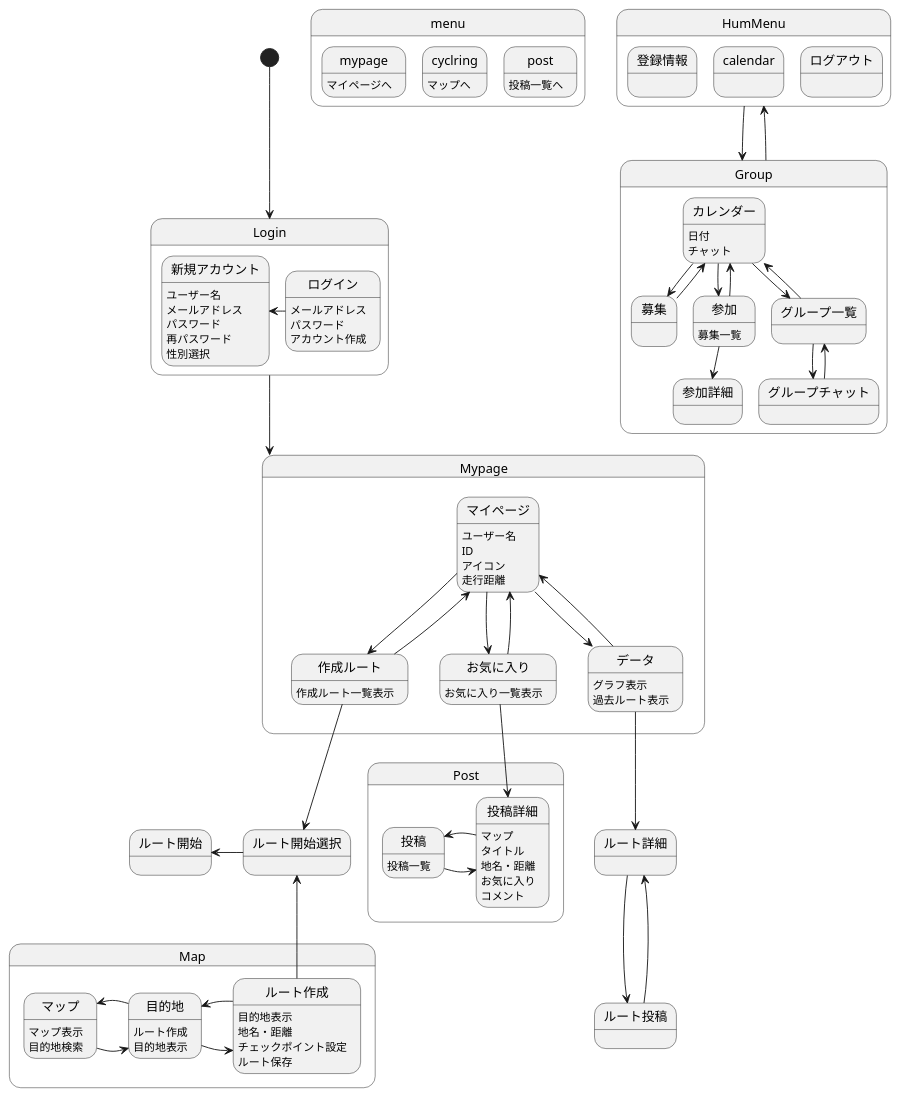
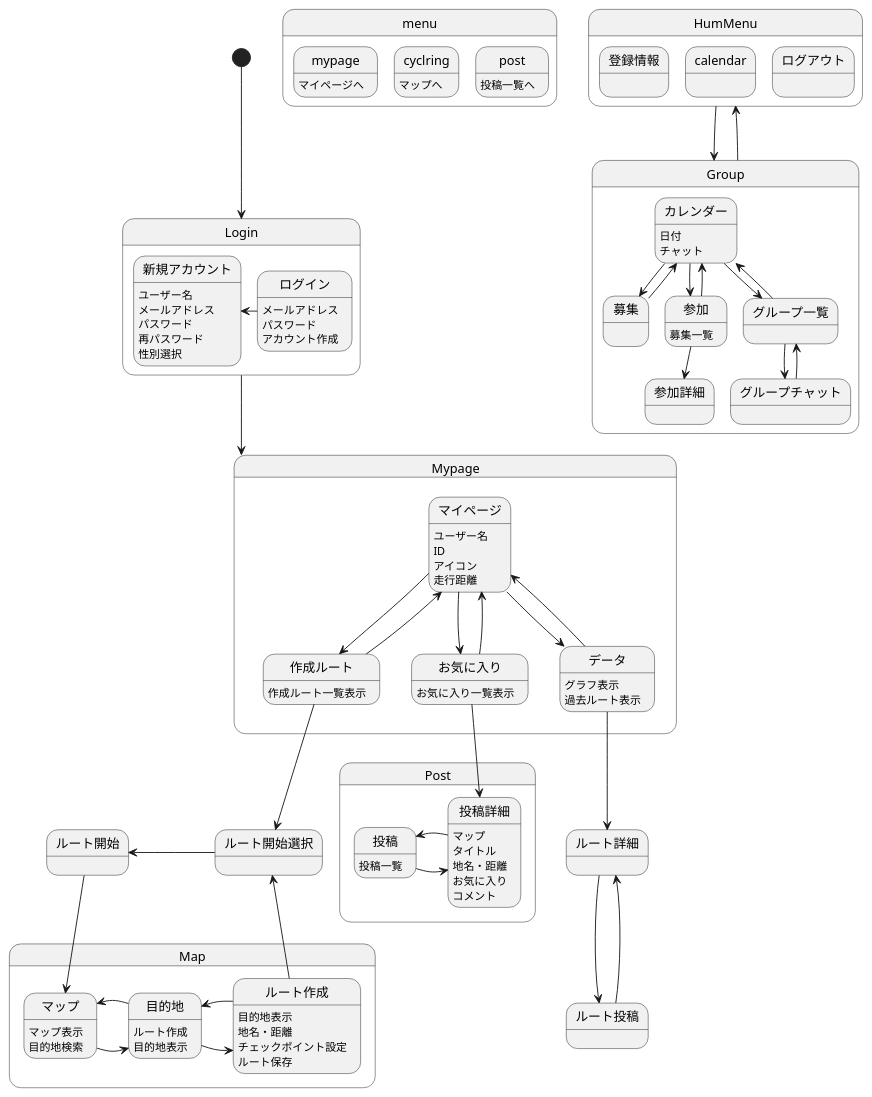
Before and after one commit to AsoSD3A3/CyclingSystem: the diagram in 画面遷移図/gm.md, drawn with PlantUML.

```diff
--- a/画面遷移図/gm.md
+++ b/画面遷移図/gm.md
@@ -85,6 +85,7 @@
 作成ルート-down->ルート開始選択
 ルート作成-up->ルート開始選択
 ルート開始選択-left->ルート開始
+ルート開始-down->マップ
 
 state Post{
 投稿:投稿一覧
```
